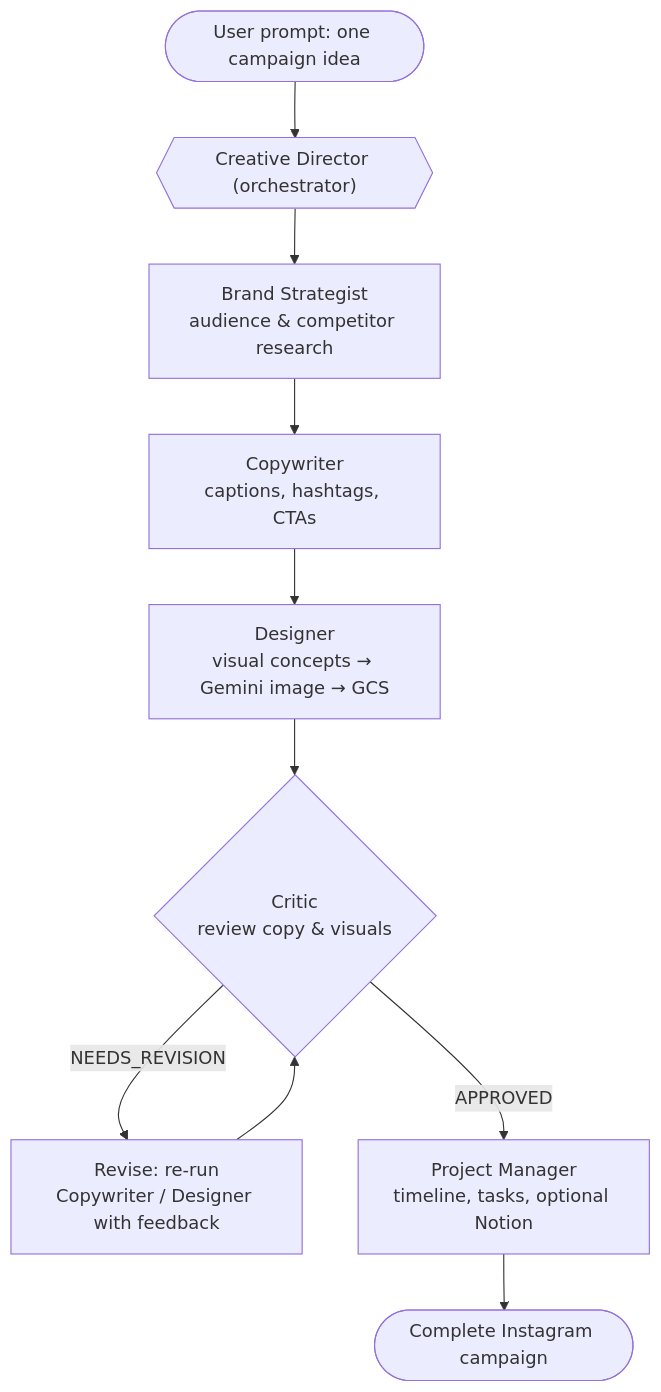
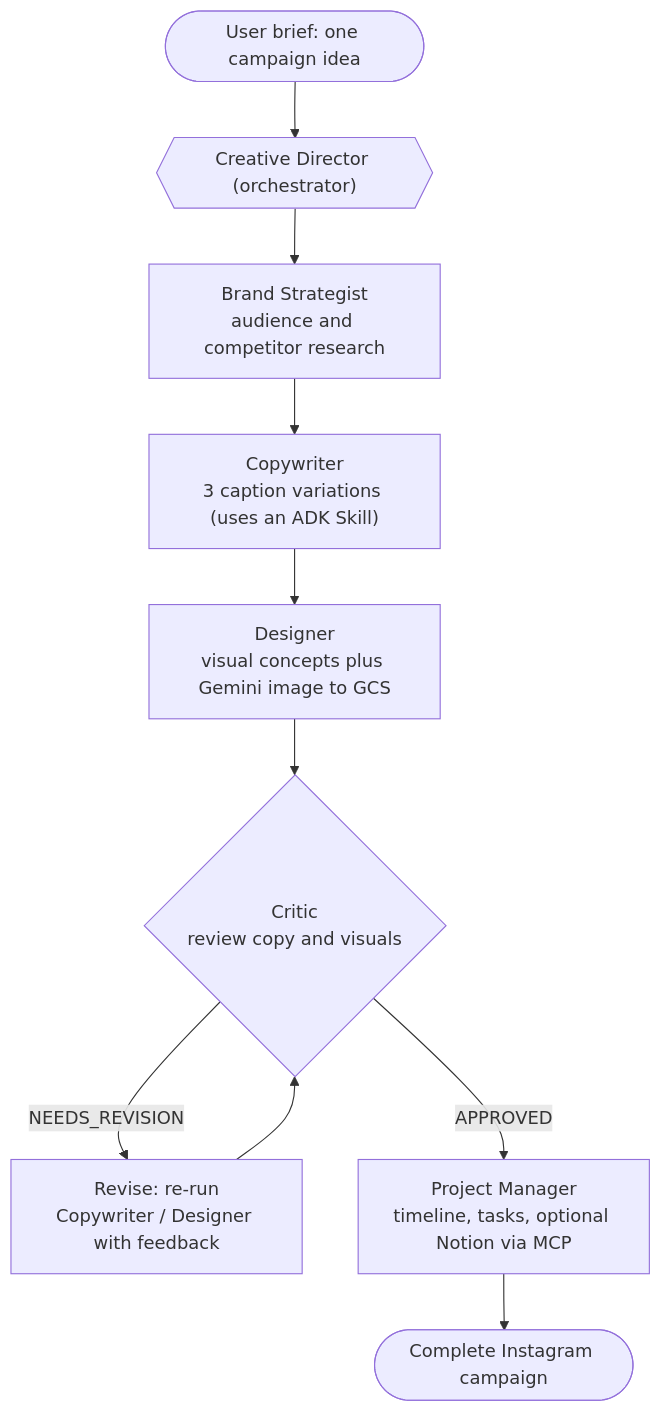
One commit to ladparag100/AI-Projects changed the first of 2 diagrams in README.md. Above: the diagram before and after it, drawn with Mermaid. The commit also changed other lines of this file, not shown here.

First line of the commit message:
docs: rewrite README as a comprehensive project guide

````diff
--- a/README.md
+++ b/README.md
@@ -23,12 +153,12 @@
 ```mermaid
 flowchart TD
-    U(["User prompt: one campaign idea"]) --> CD{{"Creative Director (orchestrator)"}}
-    CD --> BS["Brand Strategist<br/>audience &amp; competitor research"]
-    BS --> CW["Copywriter<br/>captions, hashtags, CTAs"]
-    CW --> DS["Designer<br/>visual concepts → Gemini image → GCS"]
-    DS --> CR{"Critic<br/>review copy &amp; visuals"}
+    U(["User brief: one campaign idea"]) --> CD{{"Creative Director (orchestrator)"}}
+    CD --> BS["Brand Strategist<br/>audience and competitor research"]
+    BS --> CW["Copywriter<br/>3 caption variations (uses an ADK Skill)"]
+    CW --> DS["Designer<br/>visual concepts plus Gemini image to GCS"]
+    DS --> CR{"Critic<br/>review copy and visuals"}
     CR -->|NEEDS_REVISION| RV["Revise: re-run<br/>Copywriter / Designer with feedback"]
     RV --> CR
-    CR -->|APPROVED| PM["Project Manager<br/>timeline, tasks, optional Notion"]
+    CR -->|APPROVED| PM["Project Manager<br/>timeline, tasks, optional Notion via MCP"]
     PM --> OUT(["Complete Instagram campaign"])
 ```
````
